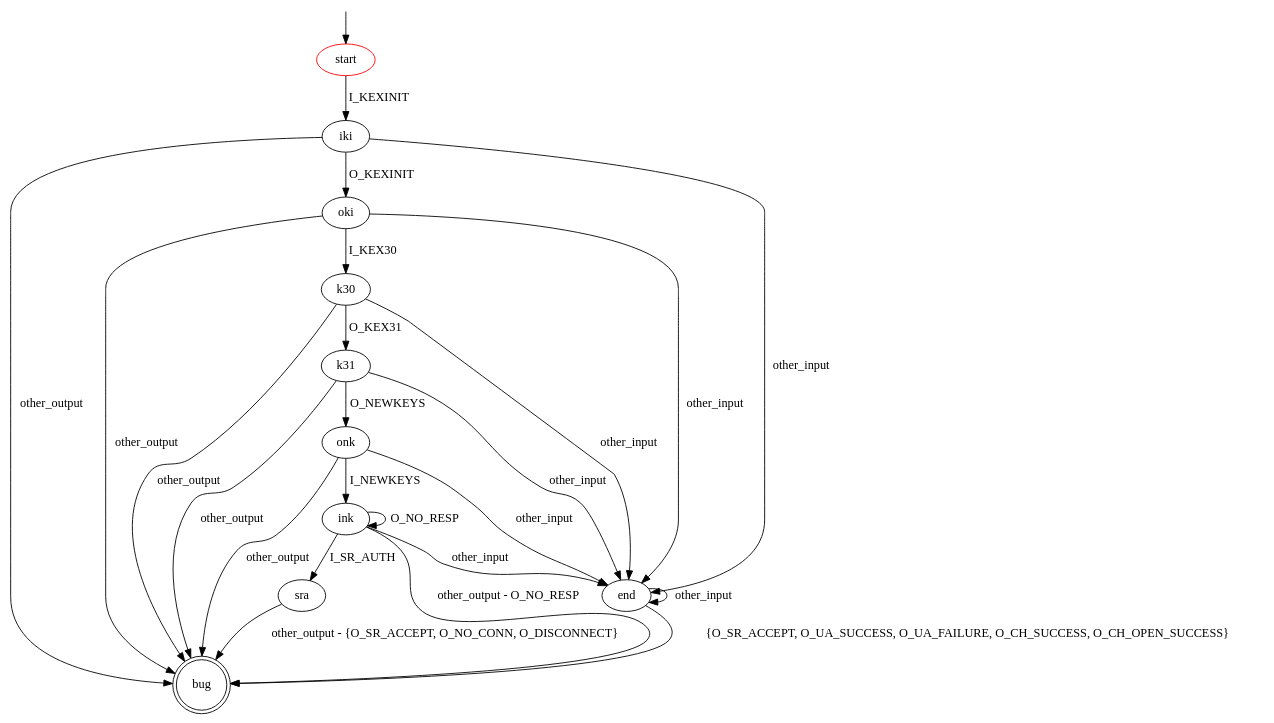
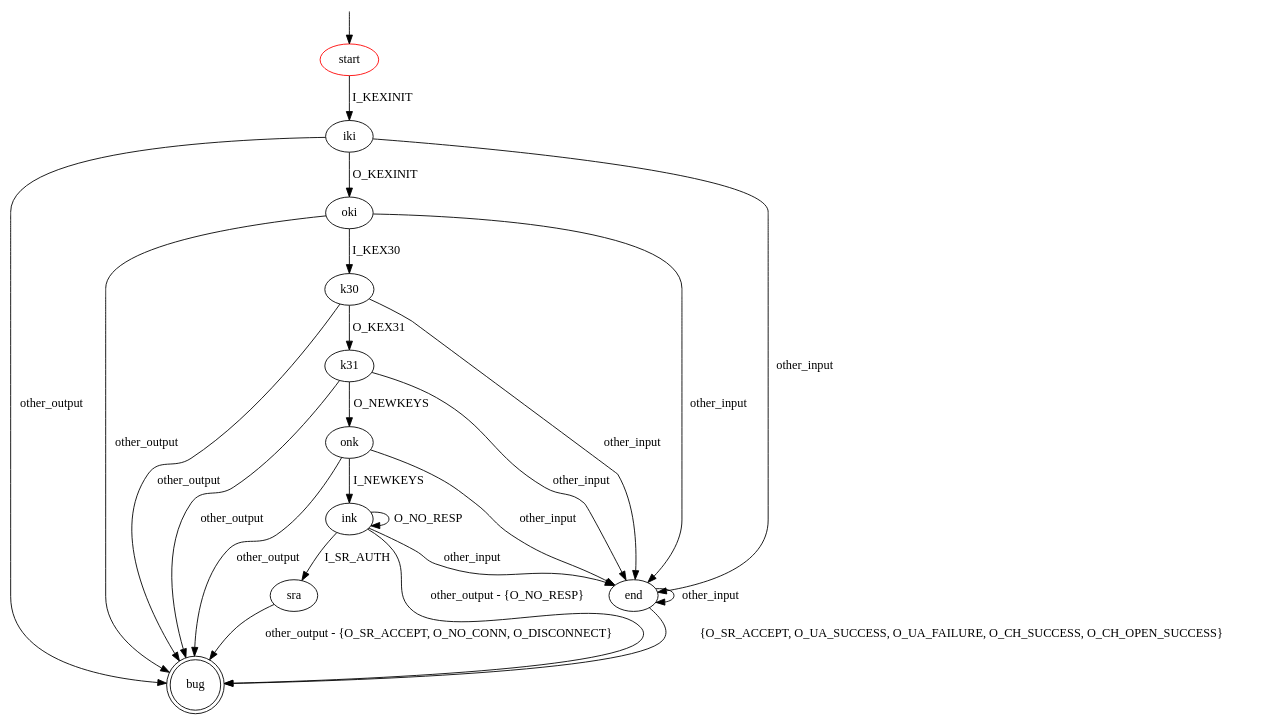
One commit to assist-project/state-machine-bug-finder changed the diagram in src/main/resources/bugpatterns/ssh/transport_layer_bug.dot. Above: the diagram before and after it, drawn with Graphviz. The commit also changed 8 other files, not shown here.

```diff
--- a/src/main/resources/bugpatterns/ssh/transport_layer_bug.dot
+++ b/src/main/resources/bugpatterns/ssh/transport_layer_bug.dot
@@ -1,40 +1,40 @@
 digraph G {
 label=""
 start [color="red"]
 bug [shape="doublecircle"]
 
 start -> iki [label="I_KEXINIT"]
 
 iki -> oki [label="O_KEXINIT"]
 iki -> end [label="other_input"]
 iki -> bug [label="other_output"]
 
 oki -> k30 [label="I_KEX30"]
 oki -> end [label="other_input"]
 oki -> bug [label="other_output"]
 
 k30 -> k31 [label="O_KEX31"]
 k30 -> end [label="other_input"]
 k30 -> bug [label="other_output"]
 
 k31 -> onk [label="O_NEWKEYS"]
 k31 -> end [label="other_input"]
 k31 -> bug [label="other_output"]
 
 onk -> ink [label="I_NEWKEYS"]
 onk -> end [label="other_input"]
 onk -> bug [label="other_output"]
 
 ink -> sra [label="I_SR_AUTH"]
 ink -> ink [label="O_NO_RESP"]
 ink -> end [label="other_input"]
-ink -> bug [label="other_output - O_NO_RESP"]
+ink -> bug [label="other_output - {O_NO_RESP}"]
 
 sra -> bug [label="other_output - {O_SR_ACCEPT, O_NO_CONN, O_DISCONNECT}"]
 
 end -> bug [label="{O_SR_ACCEPT, O_UA_SUCCESS, O_UA_FAILURE, O_CH_SUCCESS, O_CH_OPEN_SUCCESS}"]
 end -> end [label="other_input"]
 
 __start0 [label="" shape="none" width="0" height="0"];
 __start0 -> start;
 }
```
